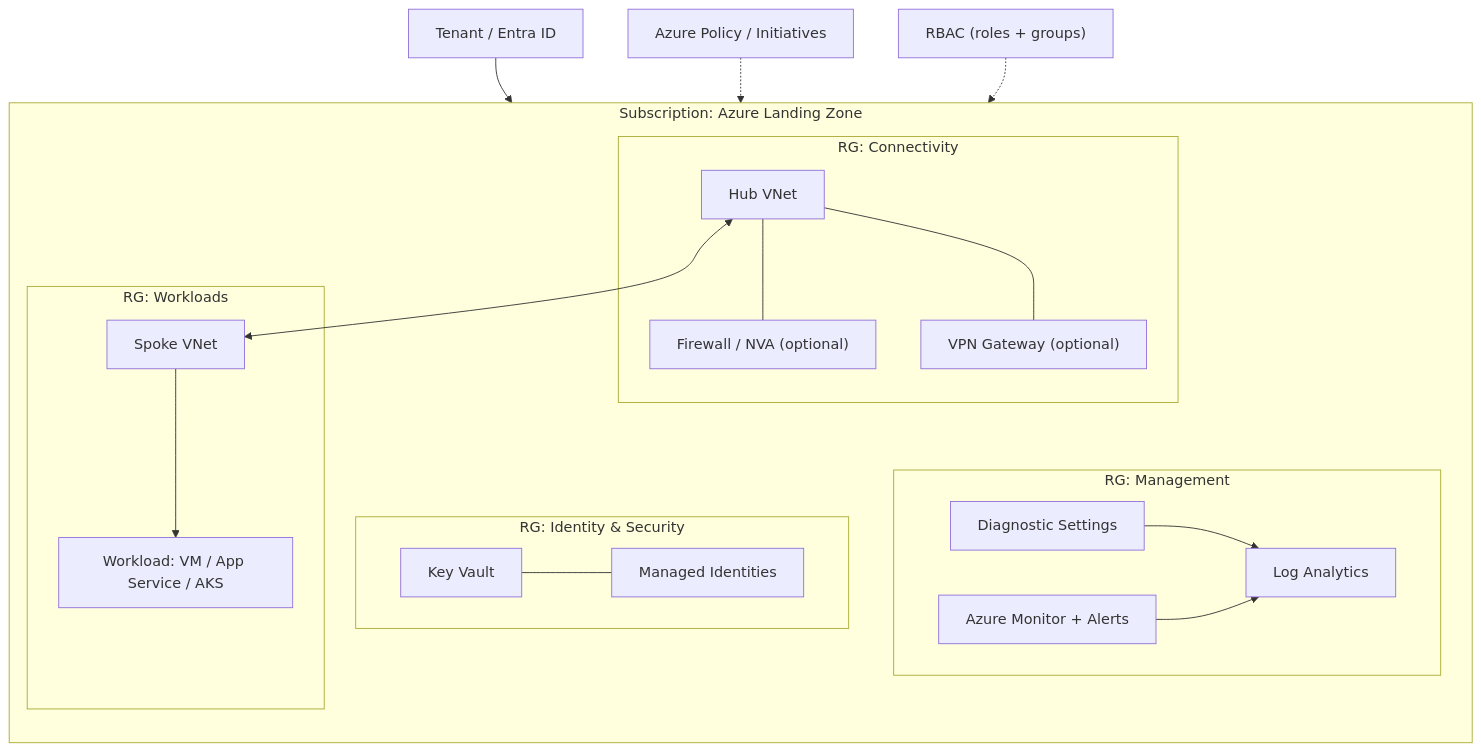
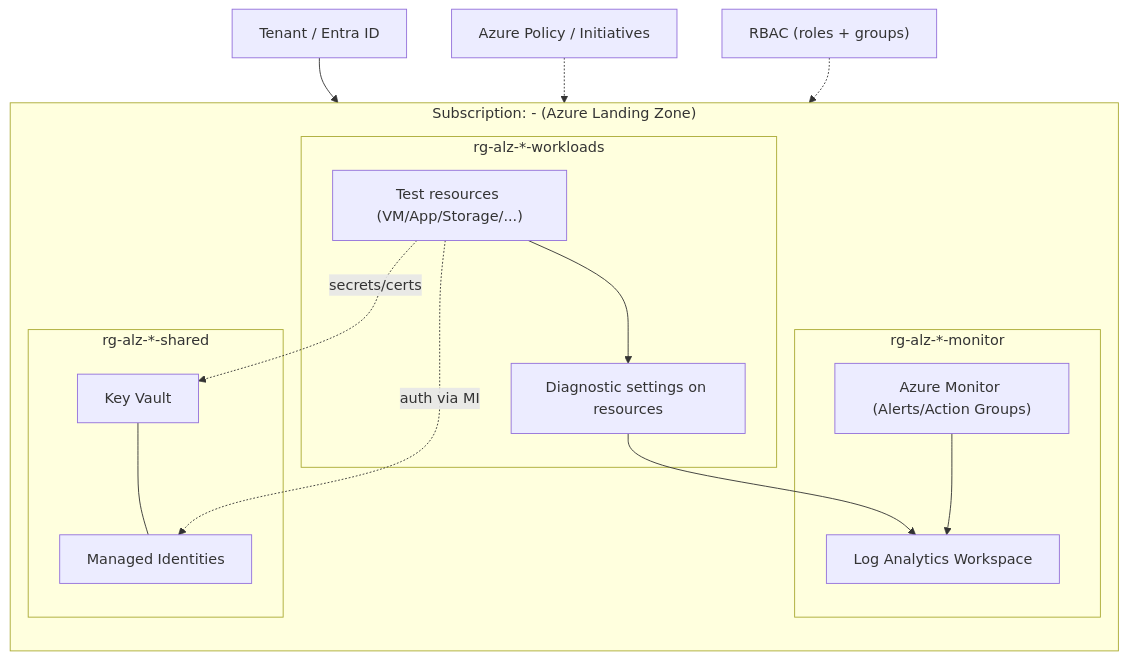
Before and after one commit to SebastianCichonski/Azure-Landing-Zone: the diagram in README.md, drawn with Mermaid. The commit also changed other lines of this file, not shown here.

````diff
--- a/README.md
+++ b/README.md
@@ -51,42 +51,34 @@
 ```mermaid
 flowchart TB
-  A["Tenant / Entra ID"] --> B["Subscription: Azure Landing Zone"]
+  A["Tenant / Entra ID"] --> S["Subscription: <project>-<env> (Azure Landing Zone)"]
 
-  subgraph B["Subscription: Azure Landing Zone"]
+  subgraph S["Subscription: <project>-<env> (Azure Landing Zone)"]
     direction TB
 
-    subgraph RG1["RG: Connectivity"]
-      H["Hub VNet"]
-      FW["Firewall / NVA (optional)"]
-      VPN["VPN Gateway (optional)"]
-      H --- FW
-      H --- VPN
+    subgraph MON["rg-alz-*-monitor"]
+      LA["Log Analytics Workspace"]
+      AM["Azure Monitor (Alerts/Action Groups)"]
     end
 
-    subgraph RG2["RG: Management"]
-      LA["Log Analytics"]
-      AM["Azure Monitor + Alerts"]
-      DIAG["Diagnostic Settings"]
-      DIAG --> LA
-      AM --> LA
-    end
-
-    subgraph RG3["RG: Identity & Security"]
+    subgraph SH["rg-alz-*-shared"]
       KV["Key Vault"]
       MI["Managed Identities"]
       KV --- MI
     end
 
-    subgraph RG4["RG: Workloads"]
-      S["Spoke VNet"]
-      APP["Workload: VM / App Service / AKS"]
-      S --> APP
+    subgraph WL["rg-alz-*-workloads"]
+      RES["Test resources (VM/App/Storage/...)"]
+      DIAG["Diagnostic settings on resources"]
+      RES --> DIAG
     end
 
-    H <--> S
+    DIAG --> LA
+    RES -. "auth via MI" .-> MI
+    RES -. "secrets/certs" .-> KV
+    AM --> LA
   end
 
-  P["Azure Policy / Initiatives"] -.-> B
-  R["RBAC (roles + groups)"] -.-> B
+  P["Azure Policy / Initiatives"] -.-> S
+  R["RBAC (roles + groups)"] -.-> S
 
 ```
````
